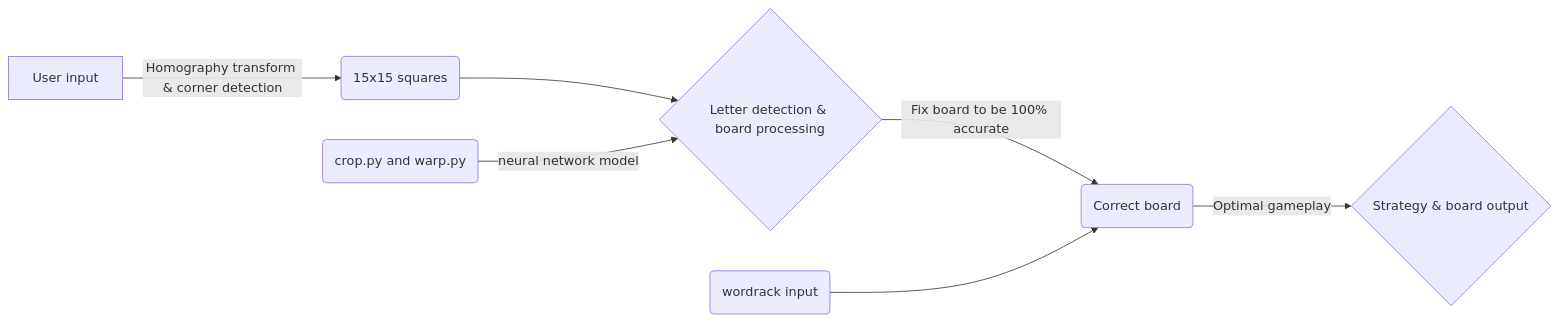
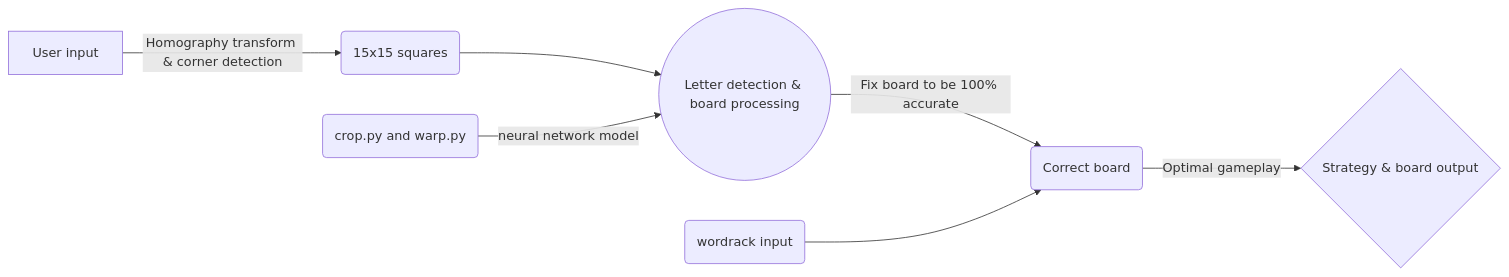
Before and after one commit to kwwangkw/scrabble-solver: the diagram in README.md, drawn with Mermaid.

````diff
--- a/README.md
+++ b/README.md
@@ -27,9 +27,9 @@
 ```mermaid
 graph LR
 A[User input] -- Homography transform & corner detection --> B(15x15 squares )
-B --> D{Letter detection & board processing}
+B --> D((Letter detection & board processing))
 C(crop.py and warp.py)-- neural network model --> D
 D--Fix board to be 100% accurate-->F(Correct board)
 E(wordrack input) -->F
 F --Optimal gameplay--> G{Strategy & board output}
 ```
````
